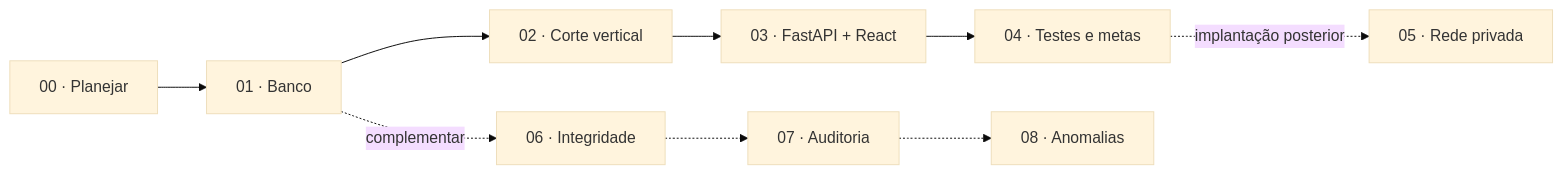
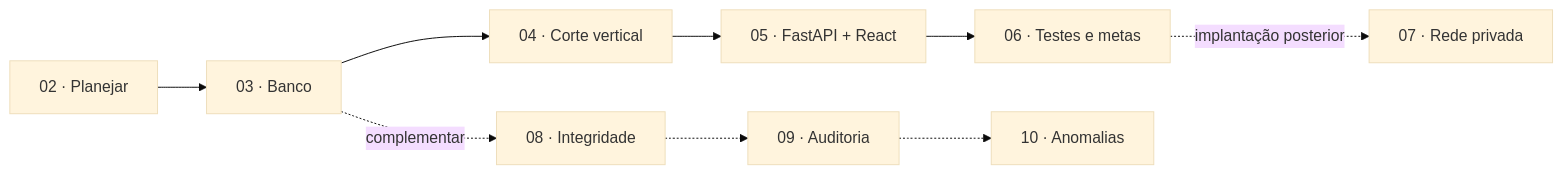
One commit to lianeheidemann/ai-privileged-access changed the diagram in docs/README.md. Above: the diagram before and after it, drawn with Mermaid (base theme). The commit also changed other lines of this file and 19 other files, not shown here.

````diff
--- a/docs/README.md
+++ b/docs/README.md
@@ -13,9 +13,9 @@
 ```mermaid
 flowchart LR
-    A["00 · Planejar"] --> B["01 · Banco"]
-    B --> C["02 · Corte vertical"]
-    C --> D["03 · FastAPI + React"]
-    D --> E["04 · Testes e metas"]
-    E -. "implantação posterior" .-> F["05 · Rede privada"]
-    B -. "complementar" .-> G["06 · Integridade"] -.-> H["07 · Auditoria"] -.-> I["08 · Anomalias"]
+    A["02 · Planejar"] --> B["03 · Banco"]
+    B --> C["04 · Corte vertical"]
+    C --> D["05 · FastAPI + React"]
+    D --> E["06 · Testes e metas"]
+    E -. "implantação posterior" .-> F["07 · Rede privada"]
+    B -. "complementar" .-> G["08 · Integridade"] -.-> H["09 · Auditoria"] -.-> I["10 · Anomalias"]
 ```
````
